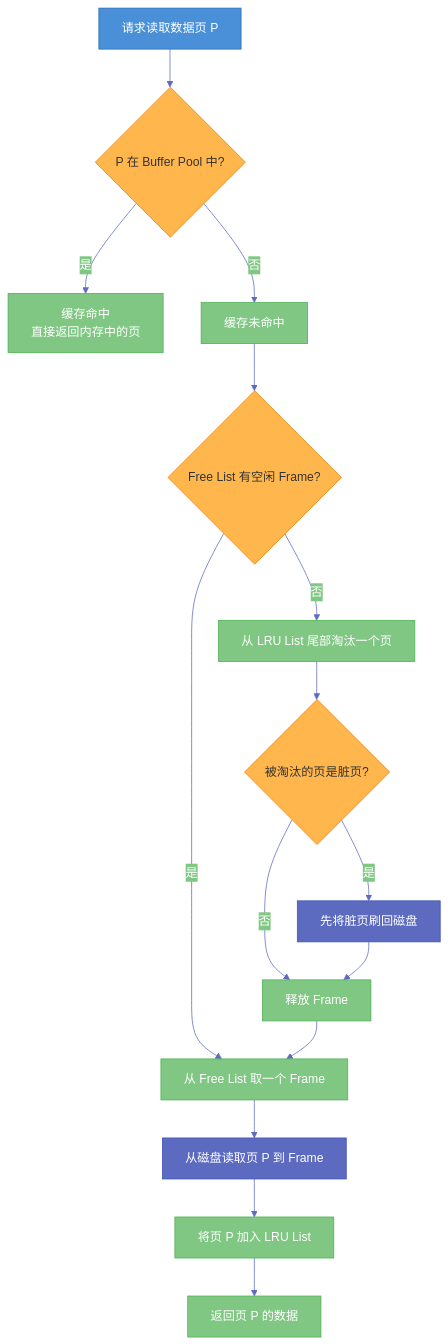
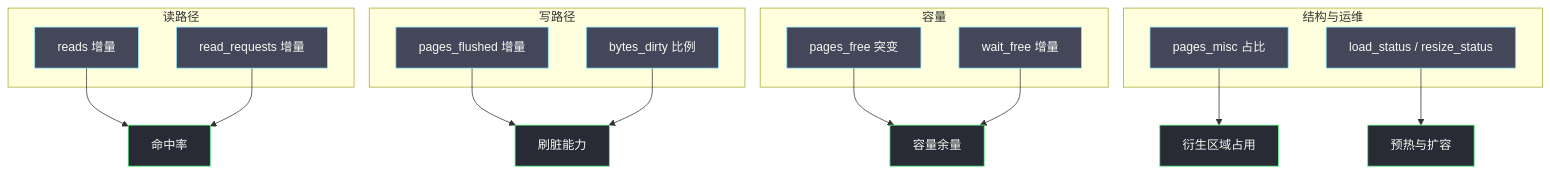
The fifth of 5 diagrams in content/中间件/MySQL/MySQL架构与底层原理/02 InnoDB Buffer Pool——内存与磁盘之间的桥梁.md (hpliStartAgain/my-brain), drawn with Mermaid before and after one commit. The commit also changed other lines of this file and 455 other files, not shown here.

````diff
--- a/content/中间件/MySQL/MySQL架构与底层原理/02 InnoDB Buffer Pool——内存与磁盘之间的桥梁.md
+++ b/content/中间件/MySQL/MySQL架构与底层原理/02 InnoDB Buffer Pool——内存与磁盘之间的桥梁.md
@@ -129,40 +363,33 @@
 ```mermaid
-%%{init: {'theme': 'base', 'themeVariables': {'primaryColor': '#4A90D9', 'primaryTextColor': '#fff', 'primaryBorderColor': '#2A6CB8', 'lineColor': '#5C6BC0', 'secondaryColor': '#81C784', 'tertiaryColor': '#FFB74D'}}}%%
+%%{init: {'theme': 'dracula'}}%%
 graph TD
-    REQ["请求读取数据页 P"]
-    CHECK{"P 在 Buffer Pool 中?"}
-    HIT["缓存命中</br>直接返回内存中的页"]
-    MISS["缓存未命中"]
-    FREE_CHECK{"Free List 有空闲 Frame?"}
-    ALLOC["从 Free List 取一个 Frame"]
-    EVICT["从 LRU List 尾部淘汰一个页"]
-    DIRTY_CHECK{"被淘汰的页是脏页?"}
-    FLUSH["先将脏页刷回磁盘"]
-    RELEASE["释放 Frame"]
-    LOAD["从磁盘读取页 P 到 Frame"]
-    ADD_LRU["将页 P 加入 LRU List"]
-    RETURN["返回页 P 的数据"]
+    subgraph "读路径"
+        R1["reads 增量"]
+        R2["read_requests 增量"]
+    end
+    subgraph "写路径"
+        W1["pages_flushed 增量"]
+        W2["bytes_dirty 比例"]
+    end
+    subgraph "容量"
+        C1["pages_free 突变"]
+        C2["wait_free 增量"]
+    end
+    subgraph "结构与运维"
+        M1["pages_misc 占比"]
+        O2["load_status / resize_status"]
+    end
+    R1 --> HIT["命中率"]
+    R2 --> HIT
+    W1 --> FLUSH["刷脏能力"]
+    W2 --> FLUSH
+    C1 --> CAP["容量余量"]
+    C2 --> CAP
+    M1 --> MISC["衍生区域占用"]
+    O2 --> WARM["预热与扩容"]
 
-    REQ --> CHECK
-    CHECK -->|"是"| HIT
-    CHECK -->|"否"| MISS
-    MISS --> FREE_CHECK
-    FREE_CHECK -->|"是"| ALLOC
-    FREE_CHECK -->|"否"| EVICT
-    EVICT --> DIRTY_CHECK
-    DIRTY_CHECK -->|"是"| FLUSH
-    DIRTY_CHECK -->|"否"| RELEASE
-    FLUSH --> RELEASE
-    RELEASE --> ALLOC
-    ALLOC --> LOAD
-    LOAD --> ADD_LRU
-    ADD_LRU --> RETURN
-
-    classDef decision fill:#FFB74D,stroke:#F57C00,color:#333
-    classDef action fill:#81C784,stroke:#4CAF50,color:#fff
-    classDef io fill:#5C6BC0,stroke:#3F51B5,color:#fff
-
-    class CHECK,FREE_CHECK,DIRTY_CHECK decision
-    class HIT,MISS,ALLOC,EVICT,RELEASE,ADD_LRU,RETURN action
-    class FLUSH,LOAD io
+    classDef m fill:#44475a,stroke:#8be9fd,color:#f8f8f2
+    classDef g fill:#282a36,stroke:#50fa7b,color:#f8f8f2
+    class R1,R2,W1,W2,C1,C2,M1,O2 m
+    class HIT,FLUSH,CAP,MISC,WARM g
 ```
````
